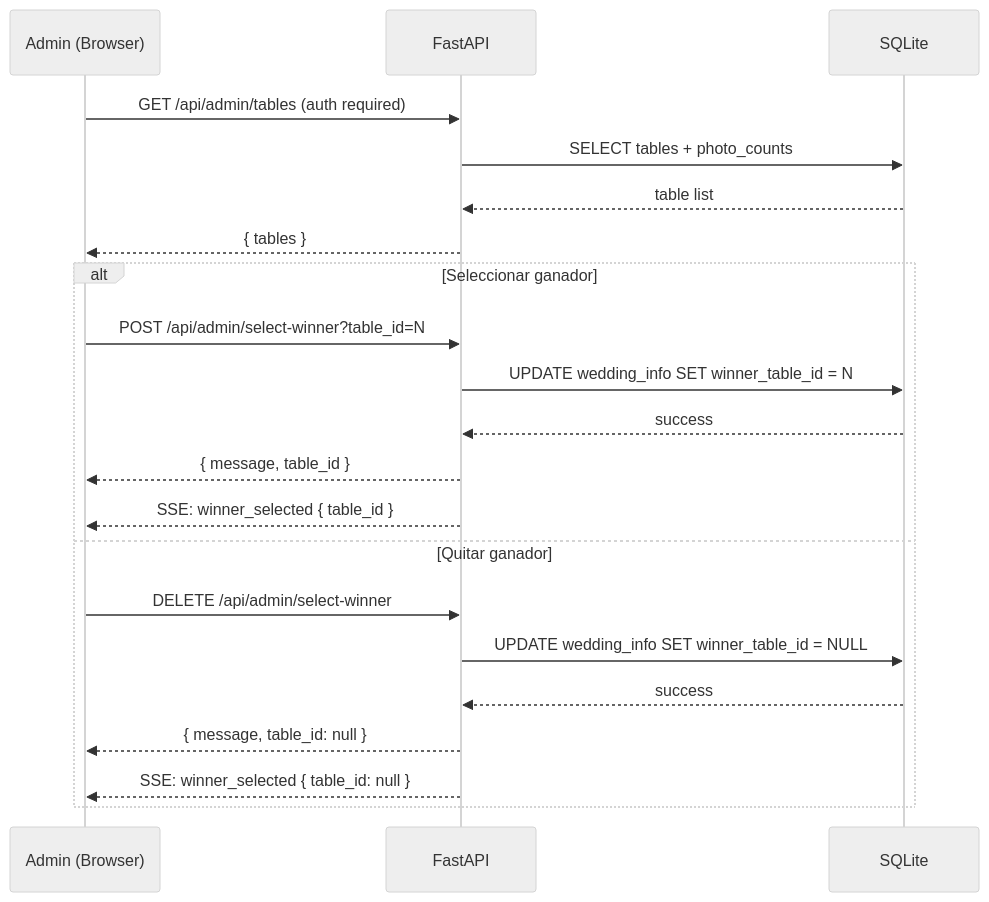
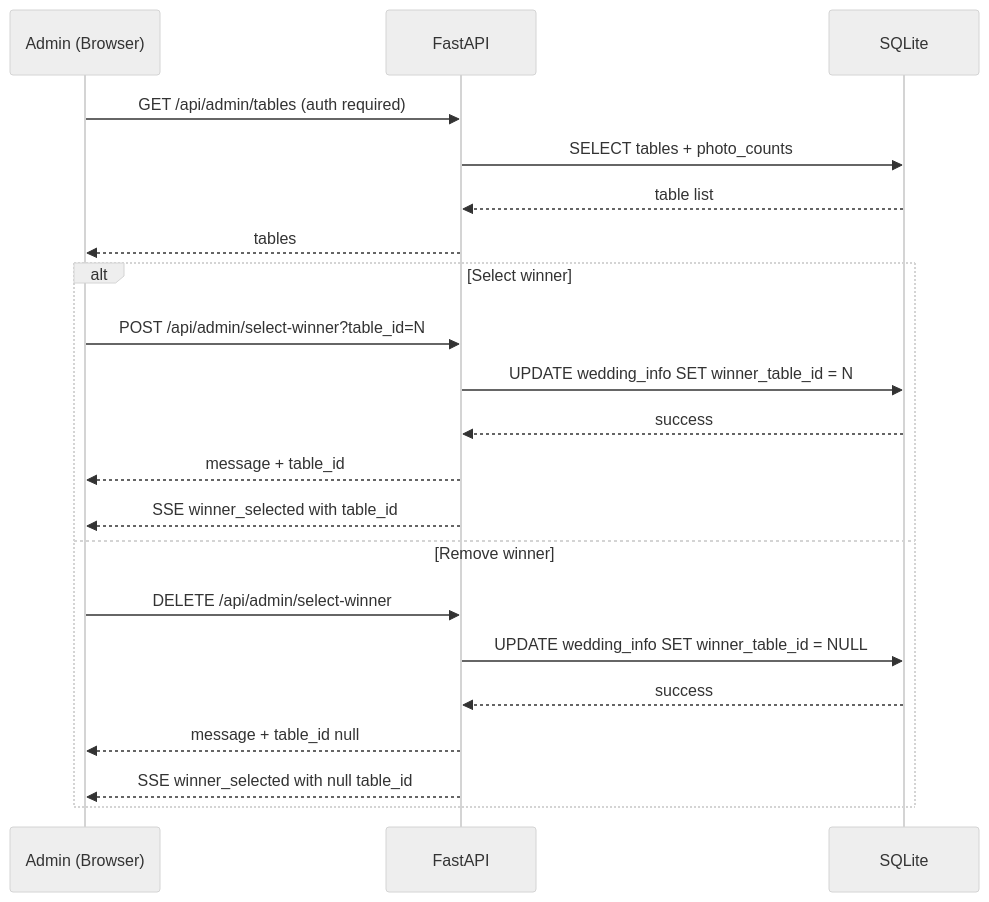
One commit to juniornff/wedding-photo-manager changed the eighth of 12 diagrams in README.md. Above: the diagram before and after it, drawn with Mermaid (neutral theme). The commit also changed other lines of this file and 10 other files, not shown here.

````diff
--- a/README.md
+++ b/README.md
@@ -352,25 +460,25 @@
 ```mermaid
 sequenceDiagram
     participant A as Admin (Browser)
     participant API as FastAPI
     participant DB as SQLite
 
     A->>API: GET /api/admin/tables (auth required)
     API->>DB: SELECT tables + photo_counts
     DB-->>API: table list
-    API-->>A: { tables }
+    API-->>A: tables
 
-    alt Seleccionar ganador
+    alt Select winner
         A->>API: POST /api/admin/select-winner?table_id=N
         API->>DB: UPDATE wedding_info SET winner_table_id = N
         DB-->>API: success
-        API-->>A: { message, table_id }
-        API-->>A: SSE: winner_selected { table_id }
-    else Quitar ganador
+        API-->>A: message + table_id
+        API-->>A: SSE winner_selected with table_id
+    else Remove winner
         A->>API: DELETE /api/admin/select-winner
         API->>DB: UPDATE wedding_info SET winner_table_id = NULL
         DB-->>API: success
-        API-->>A: { message, table_id: null }
-        API-->>A: SSE: winner_selected { table_id: null }
+        API-->>A: message + table_id null
+        API-->>A: SSE winner_selected with null table_id
     end
 ```
````
